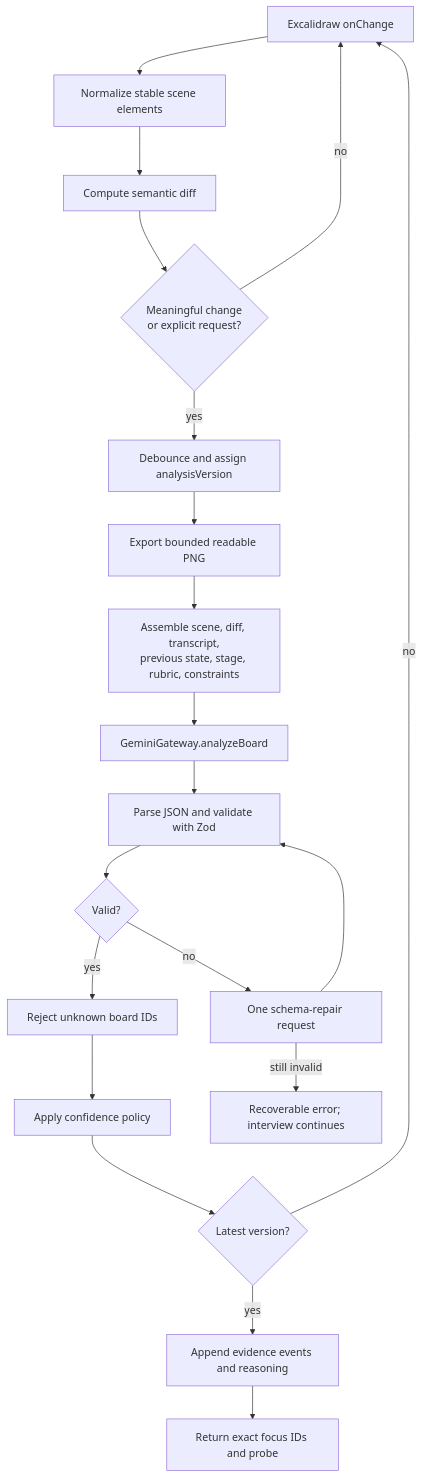
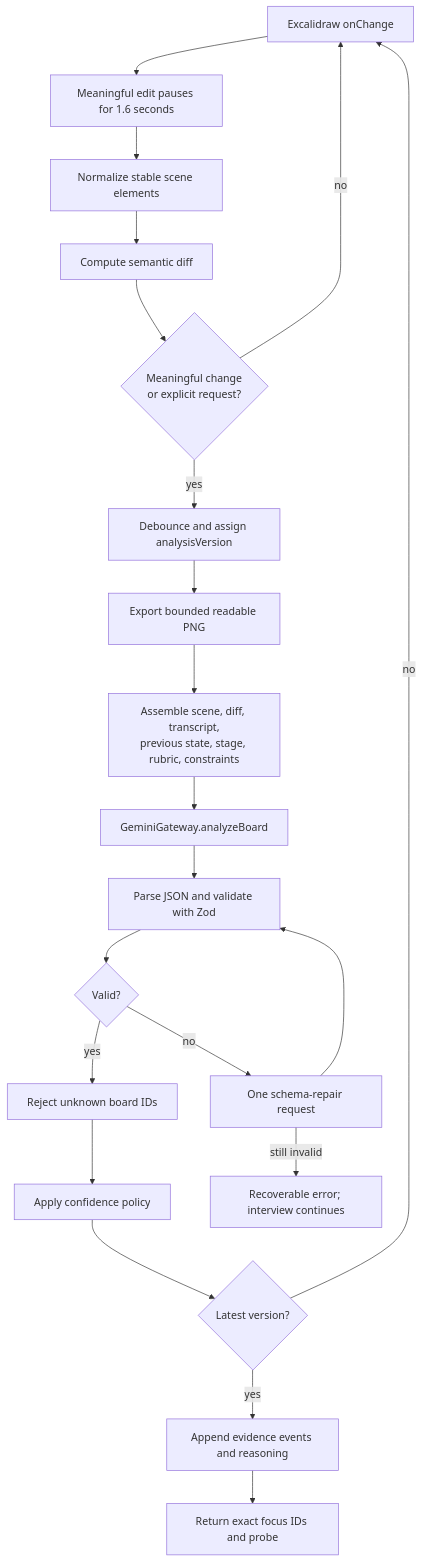
The third of 6 diagrams in docs/ARCHITECTURE.md (neonforestmist/sapphire-ai), drawn with Mermaid before and after one commit. The commit also changed other lines of this file and 9 other files, not shown here.

```diff
--- a/docs/ARCHITECTURE.md
+++ b/docs/ARCHITECTURE.md
@@ -97,30 +97,31 @@
 ~~~mermaid
 flowchart TD
     Change["Excalidraw onChange"]
+    Pause["Meaningful edit pauses for 1.6 seconds"]
     Normalize["Normalize stable scene elements"]
     Diff["Compute semantic diff"]
     Meaningful{"Meaningful change<br/>or explicit request?"}
     Debounce["Debounce and assign analysisVersion"]
     Export["Export bounded readable PNG"]
     Context["Assemble scene, diff, transcript,<br/>previous state, stage, rubric, constraints"]
     Request["GeminiGateway.analyzeBoard"]
     Validate["Parse JSON and validate with Zod"]
     Repair{"Valid?"}
     Retry["One schema-repair request"]
     IDs["Reject unknown board IDs"]
     Confidence["Apply confidence policy"]
     Stale{"Latest version?"}
     Persist["Append evidence events and reasoning"]
     Focus["Return exact focus IDs and probe"]
     Recover["Recoverable error; interview continues"]
 
-    Change --> Normalize --> Diff --> Meaningful
+    Change --> Pause --> Normalize --> Diff --> Meaningful
     Meaningful -->|"no"| Change
     Meaningful -->|"yes"| Debounce --> Export --> Context --> Request --> Validate --> Repair
     Repair -->|"yes"| IDs
     Repair -->|"no"| Retry --> Validate
     Retry -->|"still invalid"| Recover
     IDs --> Confidence --> Stale
     Stale -->|"no"| Change
     Stale -->|"yes"| Persist --> Focus
 ~~~
```
